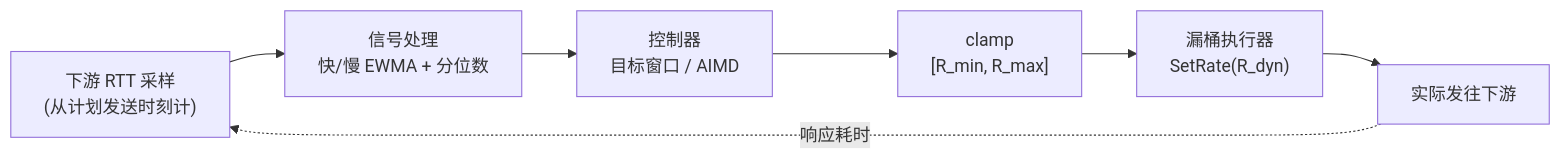
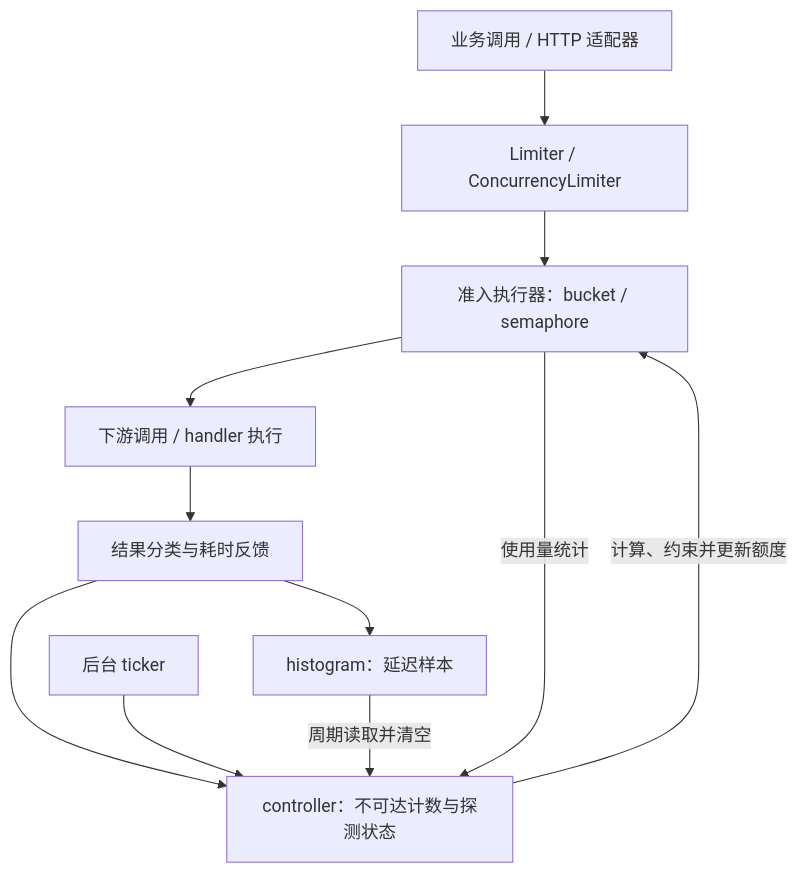
One commit to Yiming1997/agilelimiter changed the diagram in docs/design.md. Above: the diagram before and after it, drawn with Mermaid. The commit also changed other lines of this file, not shown here.

````diff
--- a/docs/design.md
+++ b/docs/design.md
@@ -20,9 +35,13 @@
 ```mermaid
-flowchart LR
-    A["下游 RTT 采样<br/>(从计划发送时刻计)"] --> B["信号处理<br/>快/慢 EWMA + 分位数"]
-    B --> C["控制器<br/>目标窗口 / AIMD"]
-    C --> D["clamp<br/>[R_min, R_max]"]
-    D --> E["漏桶执行器<br/>SetRate(R_dyn)"]
-    E --> F["实际发往下游"]
-    F -.->|响应耗时| A
+flowchart TB
+    A["业务调用 / HTTP 适配器"] --> B["Limiter / ConcurrencyLimiter"]
+    B --> C["准入执行器：bucket / semaphore"]
+    C --> D["下游调用 / handler 执行"]
+    D --> E["结果分类与耗时反馈"]
+    E --> F["histogram：延迟样本"]
+    E --> G["controller：不可达计数与探测状态"]
+    H["后台 ticker"] --> G
+    F -->|"周期读取并清空"| G
+    C -->|"使用量统计"| G
+    G -->|"计算、约束并更新额度"| C
 ```
````
